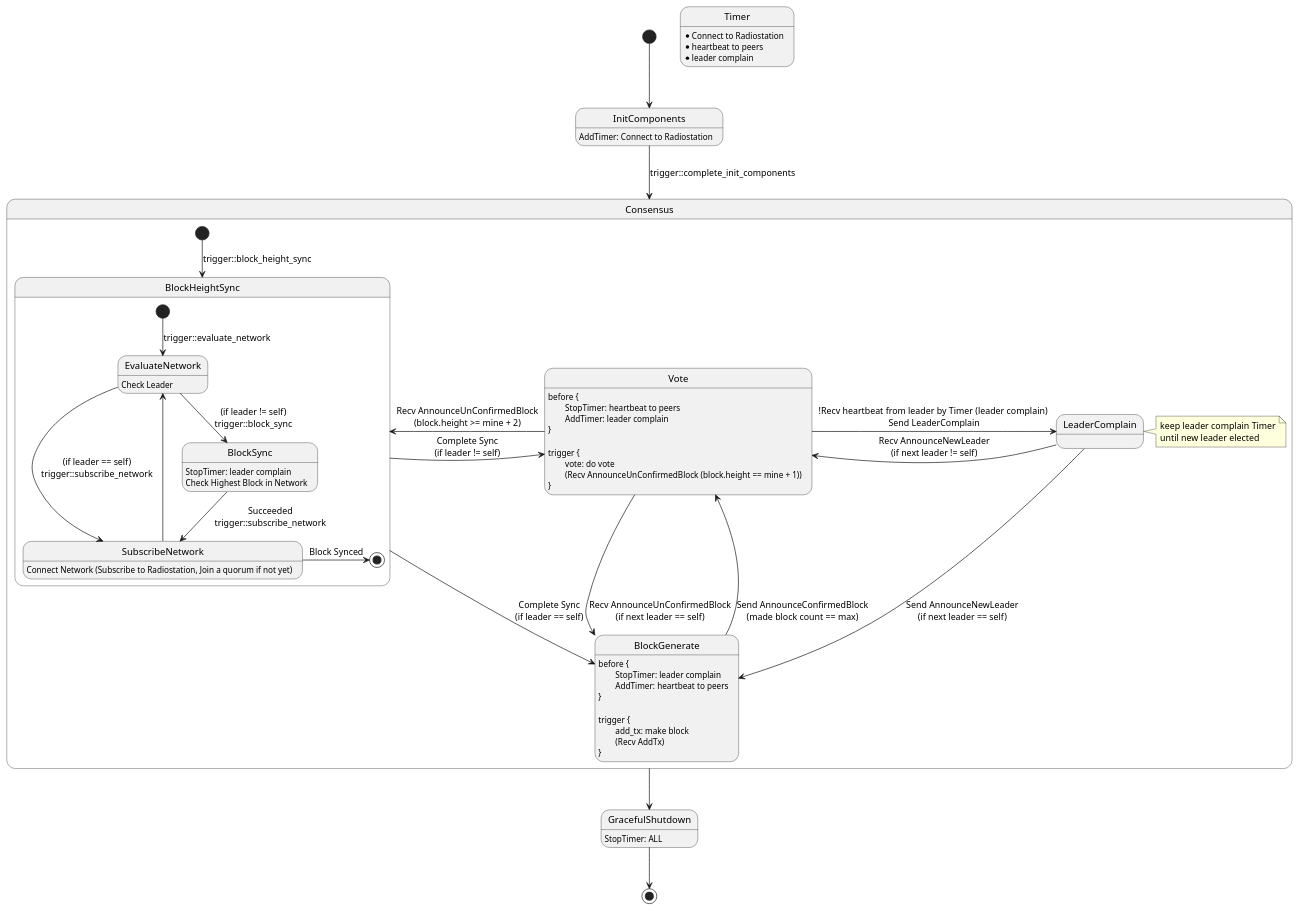
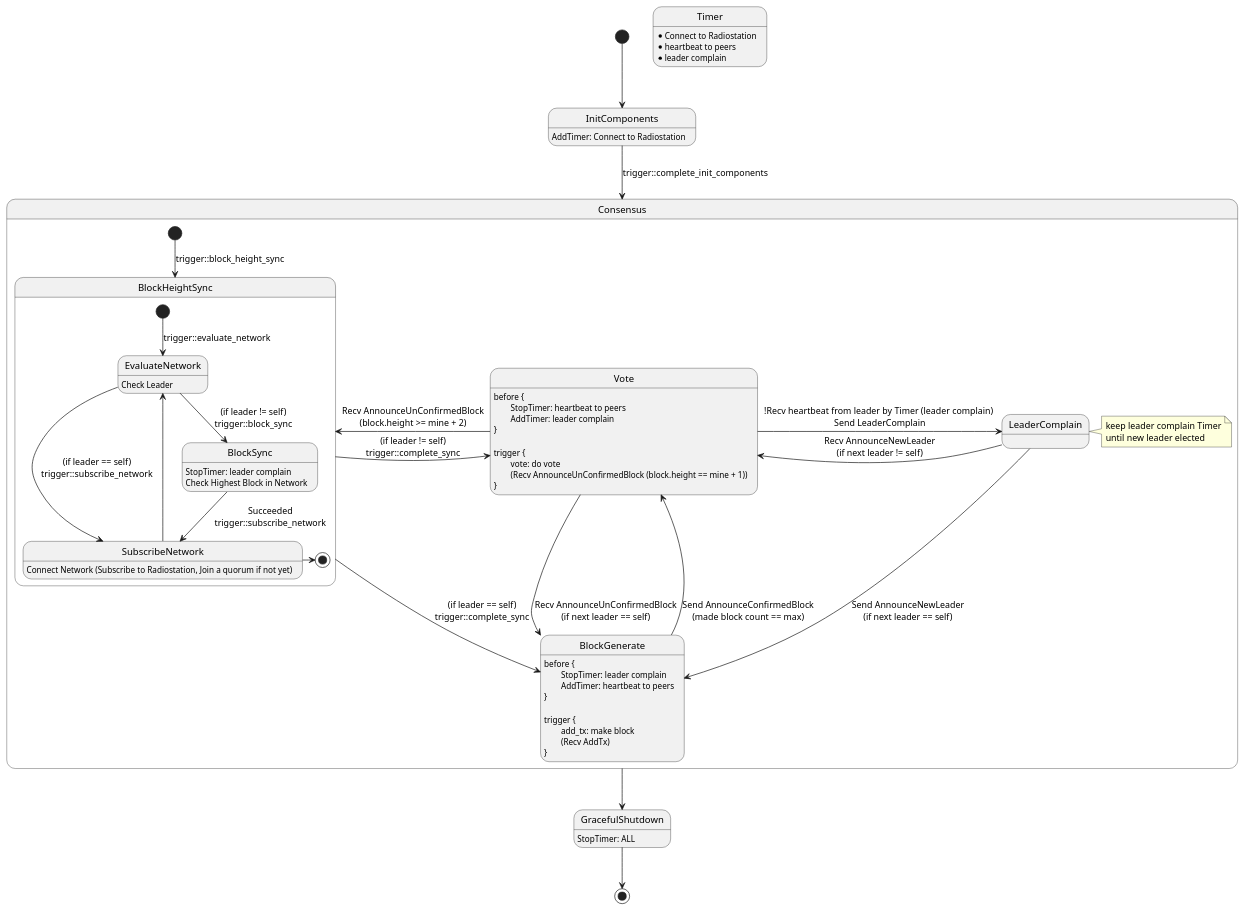
One commit to icon-project/loopchain changed the diagram in docs/8. diagram/state_machine_in_siever.wsd. Above: the diagram before and after it, drawn with PlantUML. The commit also changed 2 other files, not shown here.

```diff
--- a/docs/8. diagram/state_machine_in_siever.wsd
+++ b/docs/8. diagram/state_machine_in_siever.wsd
@@ -1,71 +1,70 @@
 @startuml State Machine in Siever
 
 [*] --> InitComponents
 InitComponents: AddTimer: Connect to Radiostation
 
 InitComponents --> Consensus : trigger::complete_init_components
 
 state Timer
 Timer: * Connect to Radiostation
 Timer: * heartbeat to peers
 Timer: * leader complain
 
 state Consensus {
     [*] --> BlockHeightSync : trigger::block_height_sync
 
     state BlockHeightSync {
         [*] --> EvaluateNetwork : trigger::evaluate_network
 
         EvaluateNetwork: Check Leader
         EvaluateNetwork --> BlockSync : (if leader != self)\ntrigger::block_sync
         EvaluateNetwork --> SubscribeNetwork : (if leader == self)\ntrigger::subscribe_network
 
         BlockSync: StopTimer: leader complain
         BlockSync: Check Highest Block in Network
         BlockSync --> SubscribeNetwork : Succeeded\ntrigger::subscribe_network
 
         SubscribeNetwork: Connect Network (Subscribe to Radiostation, Join a quorum if not yet)
         SubscribeNetwork -up-> EvaluateNetwork
-        SubscribeNetwork -right-> [*] : Block Synced
-
+        SubscribeNetwork -right-> [*]
     }
-    BlockHeightSync --> BlockGenerate: Complete Sync\n(if leader == self)
-    BlockHeightSync -> Vote: Complete Sync\n(if leader != self)
+    BlockHeightSync --> BlockGenerate: (if leader == self)\ntrigger::complete_sync
+    BlockHeightSync -> Vote: (if leader != self)\ntrigger::complete_sync
 
     Vote: before {
     Vote: \tStopTimer: heartbeat to peers
     Vote: \tAddTimer: leader complain
     Vote: }
     Vote: 
     Vote: trigger {
     Vote: \tvote: do vote\n\t(Recv AnnounceUnConfirmedBlock (block.height == mine + 1))
     Vote: }
     Vote -left-> BlockHeightSync : Recv AnnounceUnConfirmedBlock\n(block.height >= mine + 2)
     Vote -> BlockGenerate : Recv AnnounceUnConfirmedBlock\n(if next leader == self)
     Vote -> LeaderComplain : !Recv heartbeat from leader by Timer (leader complain) \nSend LeaderComplain
 
     BlockGenerate: before {
     BlockGenerate: \tStopTimer: leader complain
     BlockGenerate: \tAddTimer: heartbeat to peers
     BlockGenerate: }
     BlockGenerate: 
     BlockGenerate: trigger {
     BlockGenerate: \tadd_tx: make block\n\t(Recv AddTx)
     BlockGenerate: }
     BlockGenerate -> Vote : Send AnnounceConfirmedBlock\n(made block count == max)
 
     state LeaderComplain
     note right of LeaderComplain
       keep leader complain Timer
       until new leader elected
     end note
     LeaderComplain -> Vote : Recv AnnounceNewLeader\n(if next leader != self)
     LeaderComplain --> BlockGenerate : Send AnnounceNewLeader\n(if next leader == self)
 }
 
 Consensus --> GracefulShutdown
 
 GracefulShutdown: StopTimer: ALL
 GracefulShutdown --> [*]
 
 @enduml
```
